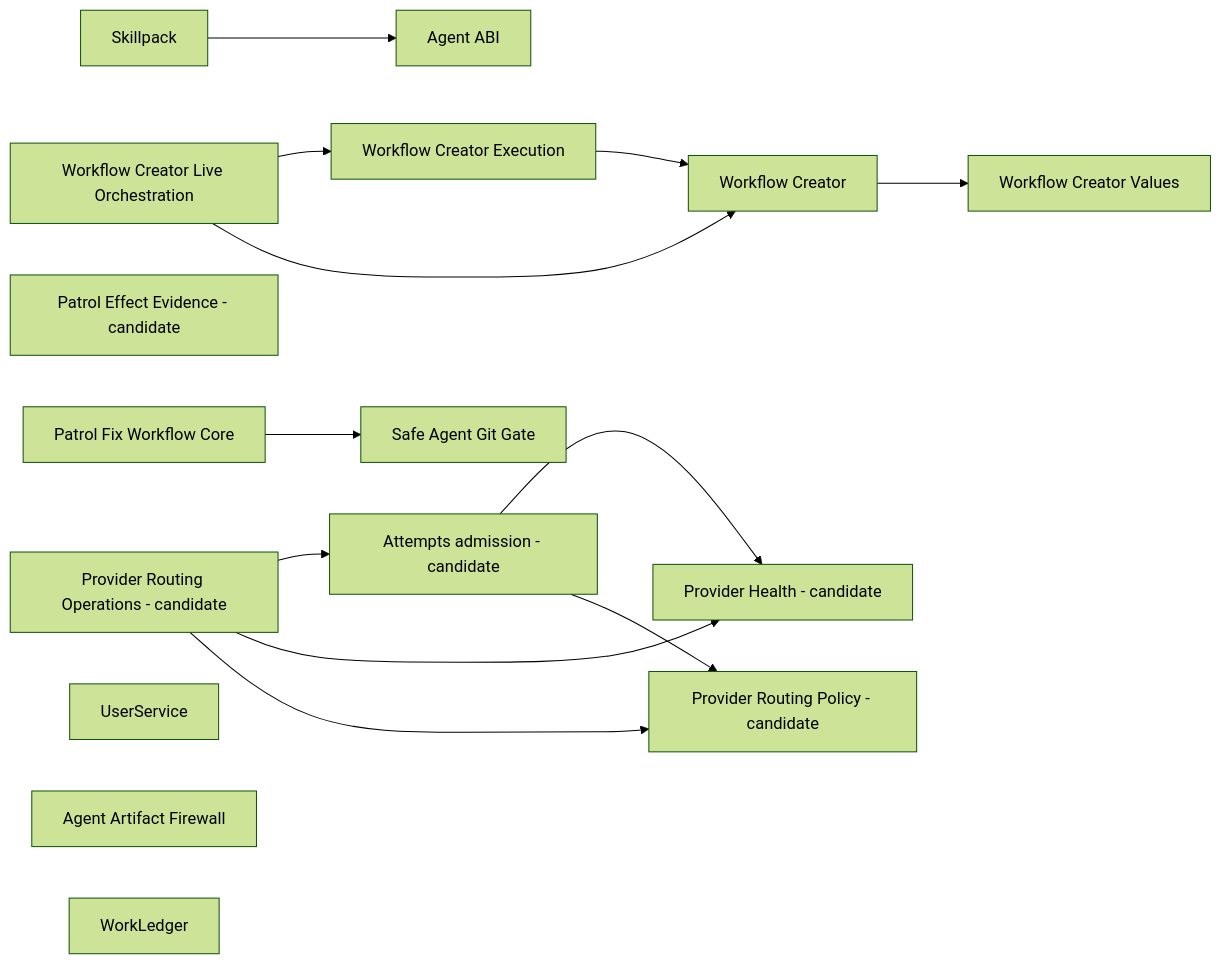
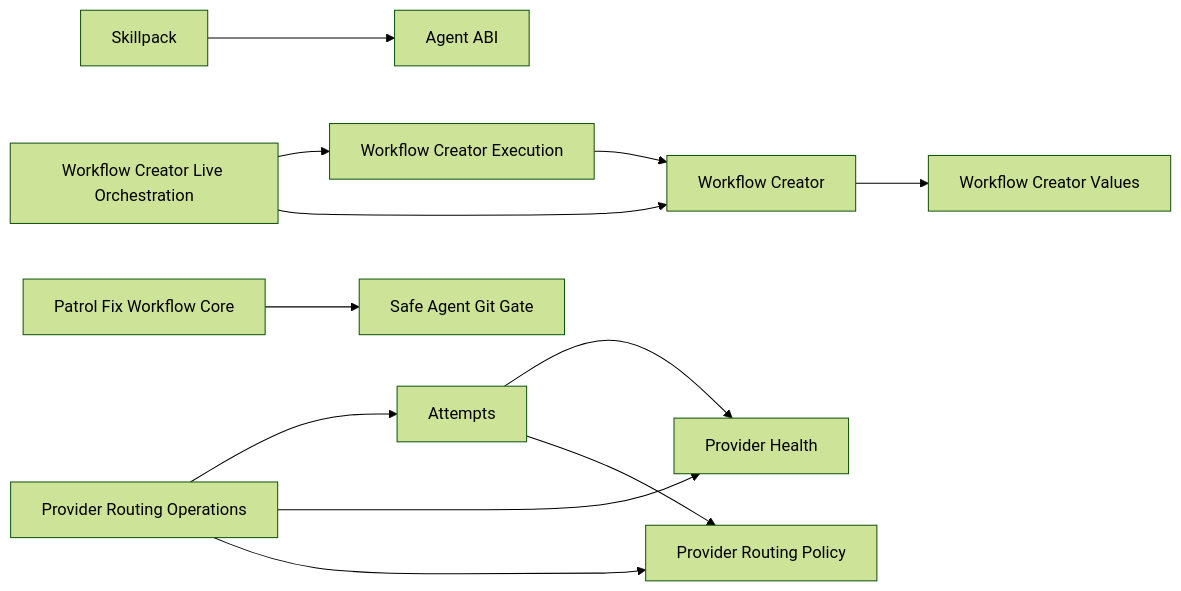
The diagram in wiki/component-boundaries.md (ivankuznetsov/hive), drawn with Mermaid (forest theme) before and after one commit. The commit also changed other lines of this file and 252 other files, not shown here.

````diff
--- a/wiki/component-boundaries.md
+++ b/wiki/component-boundaries.md
@@ -59,18 +47,14 @@
 ```mermaid
 flowchart LR
   skillpack[Skillpack] --> agent_abi[Agent ABI]
   workflow_execution[Workflow Creator Execution] --> workflow_core[Workflow Creator]
   workflow_live[Workflow Creator Live Orchestration] --> workflow_execution
   workflow_live --> workflow_core
-  workflow_core[Workflow Creator] --> workflow_values[Workflow Creator Values]
-  patrol_effects[Patrol Effect Evidence - candidate]
+  workflow_core --> workflow_values[Workflow Creator Values]
   patrol_fix[Patrol Fix Workflow Core] --> git_gate[Safe Agent Git Gate]
-  attempts[Attempts admission - candidate] --> provider_health[Provider Health - candidate]
-  attempts --> provider_routing[Provider Routing Policy - candidate]
-  routing_operations[Provider Routing Operations - candidate] --> attempts
+  attempts[Attempts] --> provider_health[Provider Health]
+  attempts --> provider_routing[Provider Routing Policy]
+  routing_operations[Provider Routing Operations] --> attempts
   routing_operations --> provider_health
   routing_operations --> provider_routing
-  user_service[UserService]
-  artifact_firewall[Agent Artifact Firewall]
-  work_ledger[WorkLedger]
 ```
````
